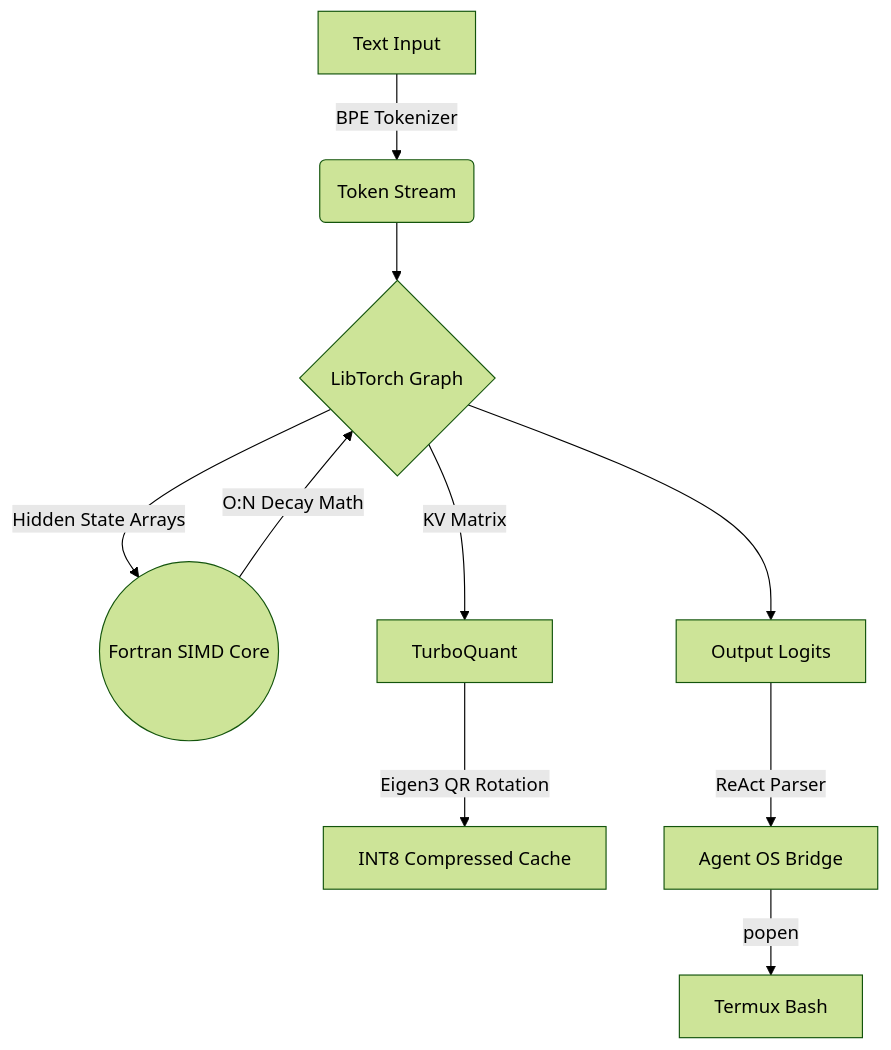
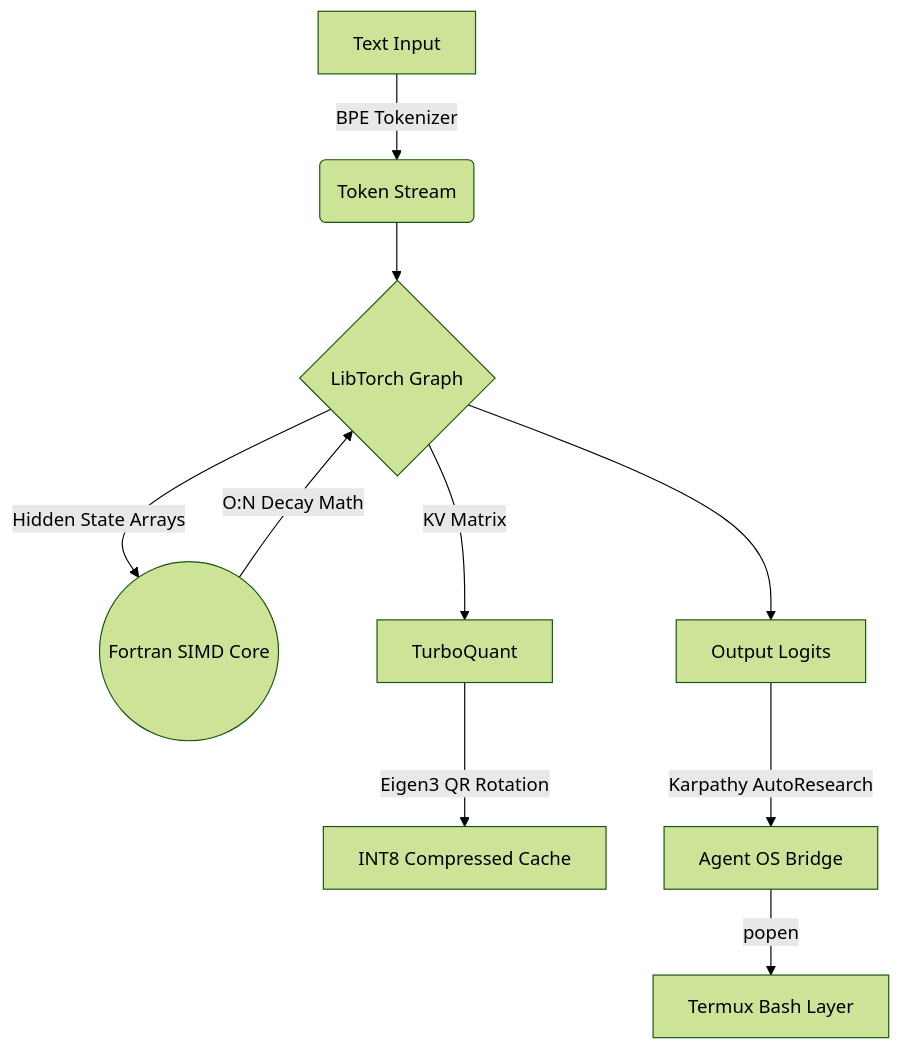
One commit to fredm23579/mobile-llm changed the diagram in README.md. Above: the diagram before and after it, drawn with Mermaid (forest theme). The commit also changed other lines of this file and 1 other file, not shown here.

Commit message:
docs: Update README to showcase the new 13-Tool Termux Arsenal, O(N) constraints, and Karpathy AutoResearch loop

````diff
--- a/README.md
+++ b/README.md
@@ -19,12 +20,12 @@
 ```mermaid
 graph TD
     A[Text Input] -->|BPE Tokenizer| B(Token Stream)
     B --> C{LibTorch Graph}
     C -->|Hidden State Arrays| D((Fortran SIMD Core))
     D -->|O:N Decay Math| C
     C -->|KV Matrix| E[TurboQuant]
     E -->|Eigen3 QR Rotation| F[INT8 Compressed Cache]
     C --> G[Output Logits]
-    G -->|ReAct Parser| H[Agent OS Bridge]
-    H -->|popen| I[Termux Bash]
+    G -->|Karpathy AutoResearch| H[Agent OS Bridge]
+    H -->|popen| I[Termux Bash Layer]
 ```
````
